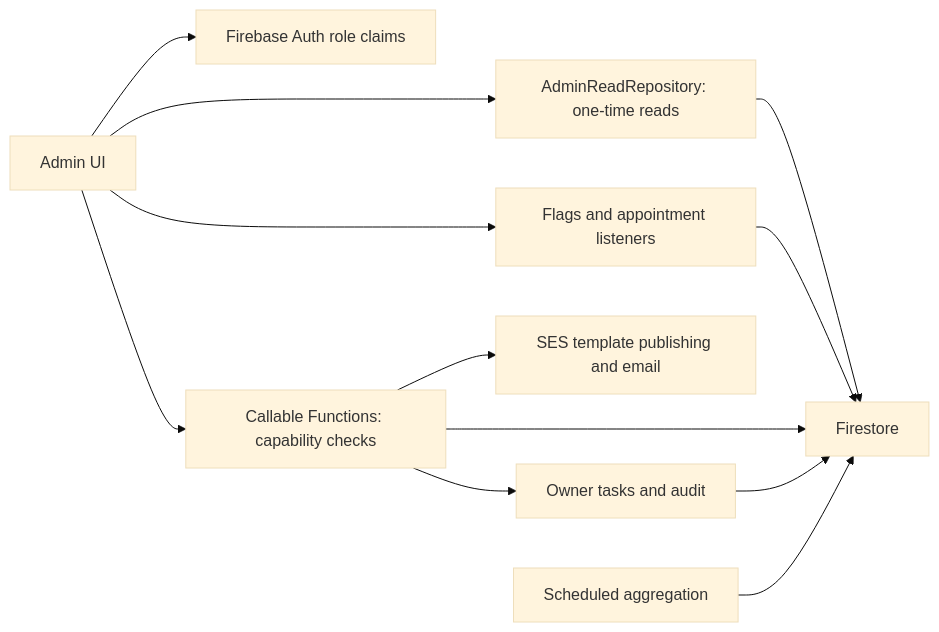
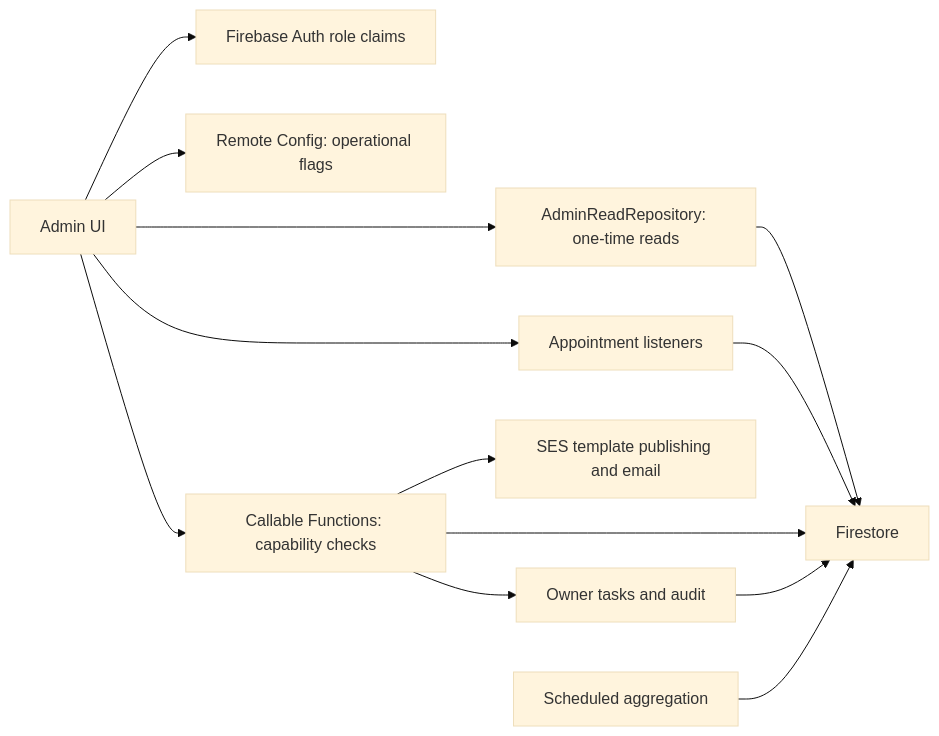
The diagram in docs/admin/diagrams/admin-data-and-function-flow.mmd (joelmeaders/SantasWorkshop), drawn with Mermaid (base theme) before and after one commit. The commit also changed 41 other files, not shown here.

```diff
--- a/docs/admin/diagrams/admin-data-and-function-flow.mmd
+++ b/docs/admin/diagrams/admin-data-and-function-flow.mmd
@@ -1,12 +1,13 @@
 flowchart LR
     UI[Admin UI] --> Auth[Firebase Auth role claims]
     UI --> Lite[AdminReadRepository: one-time reads]
     Lite --> FS[Firestore]
-    UI --> Live[Flags and appointment listeners]
+    UI --> RC[Remote Config: operational flags]
+    UI --> Live[Appointment listeners]
     Live --> FS
     UI --> Fn[Callable Functions: capability checks]
     Fn --> FS
     Fn --> SES[SES template publishing and email]
     Fn --> Jobs[Owner tasks and audit]
     Jobs --> FS
     Scheduler[Scheduled aggregation] --> FS
```
